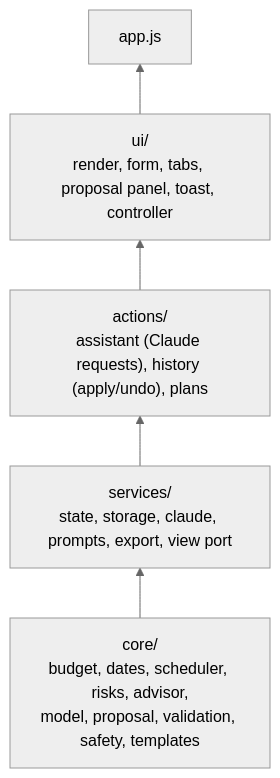
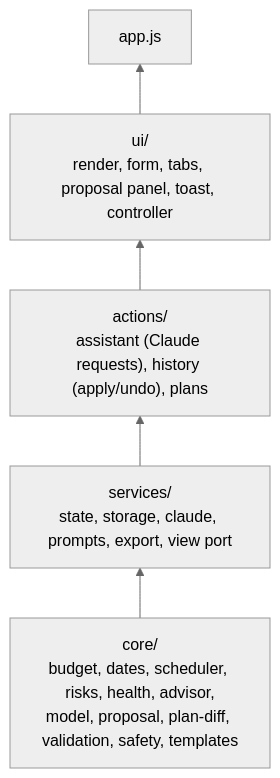
The first of 2 diagrams in ARCHITECTURE.md (kunwarvishal18/marigold-ai-event-planner), drawn with Mermaid (neutral theme) before and after one commit. The commit also changed other lines of this file and 63 other files, not shown here.

````diff
--- a/ARCHITECTURE.md
+++ b/ARCHITECTURE.md
@@ -34,9 +34,9 @@
 ```mermaid
 flowchart BT
-  CORE["core/<br/>budget, dates, scheduler, risks, advisor,<br/>model, proposal, validation, safety, templates"]
+  CORE["core/<br/>budget, dates, scheduler, risks, health, advisor,<br/>model, proposal, plan-diff, validation, safety, templates"]
   SERVICES["services/<br/>state, storage, claude, prompts, export, view port"]
   ACTIONS["actions/<br/>assistant (Claude requests), history (apply/undo), plans"]
   UI["ui/<br/>render, form, tabs, proposal panel, toast, controller"]
   APP["app.js"]
   CORE --> SERVICES --> ACTIONS --> UI --> APP
 ```
````
